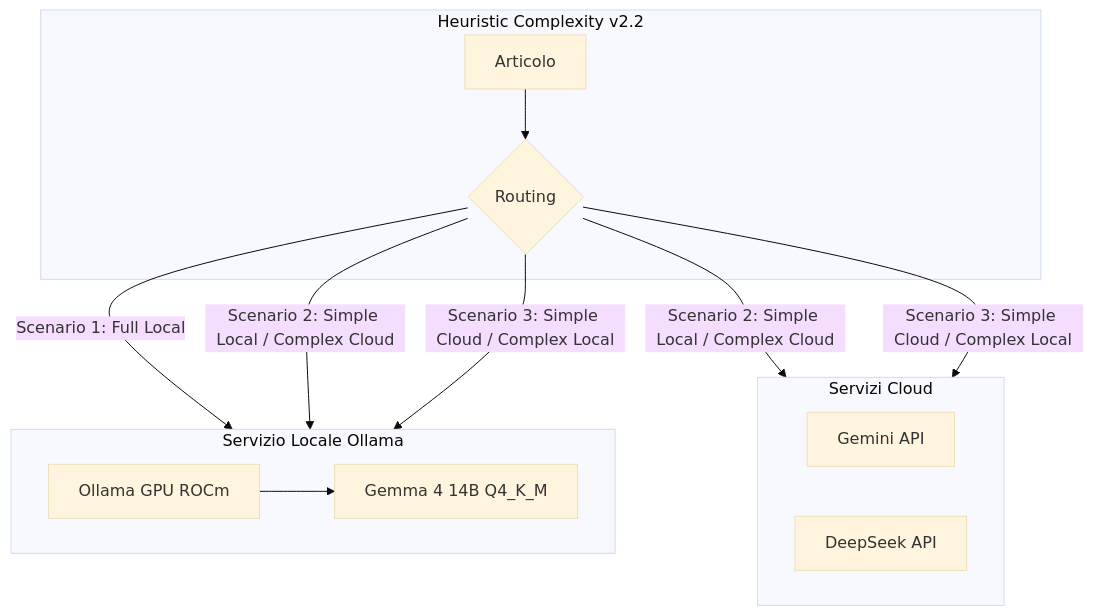
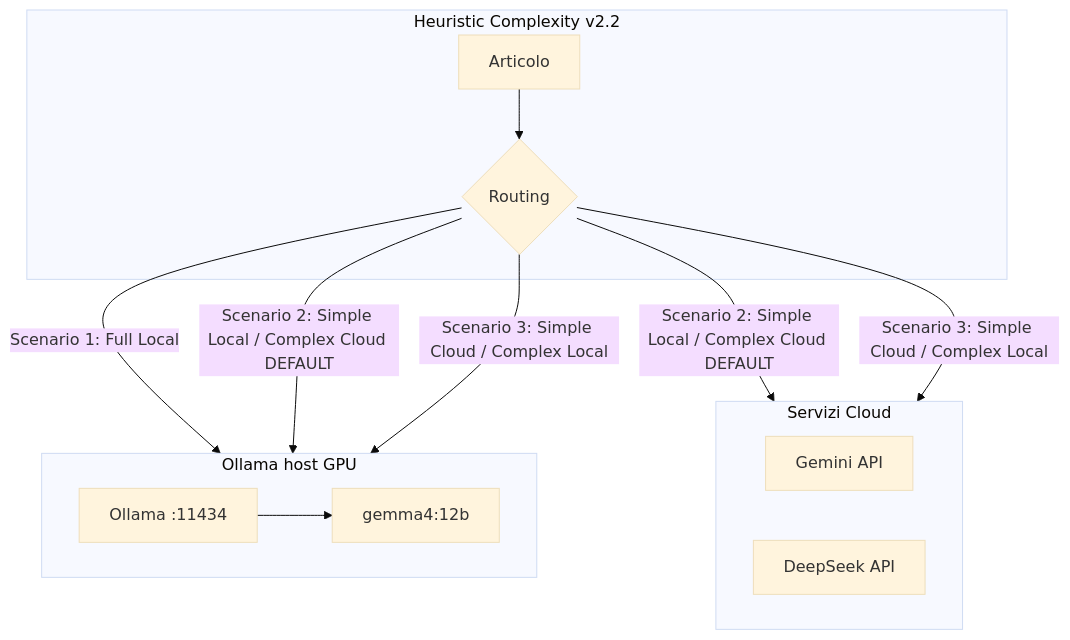
Before and after one commit to JiraaG/Intelligence-Dashboard: the third of 5 diagrams in radar_overview_and_upgrades.md, drawn with Mermaid (base theme). The commit also changed other lines of this file and 31 other files, not shown here.

First line of the commit message:
feat(radar): Profilo F local Gemma via Ollama + quality guards for weak models

````diff
--- a/radar_overview_and_upgrades.md
+++ b/radar_overview_and_upgrades.md
@@ -157,21 +169,21 @@
 ```mermaid
 flowchart TD
   subgraph Ingest [Heuristic Complexity v2.2]
     Art[Articolo] --> Route{Routing}
   end
 
-  subgraph Local [Servizio Locale Ollama]
-    Ollama[Ollama GPU ROCm] --> Model[Gemma 4 14B Q4_K_M]
+  subgraph Local [Ollama host GPU]
+    Ollama[Ollama :11434] --> Model[gemma4:12b]
   end
 
   subgraph Cloud [Servizi Cloud]
     Gemini[Gemini API]
     DeepSeek[DeepSeek API]
   end
 
   Route -->|Scenario 1: Full Local| Local
-  Route -->|Scenario 2: Simple Local / Complex Cloud| Local
-  Route -->|Scenario 2: Simple Local / Complex Cloud| Cloud
+  Route -->|Scenario 2: Simple Local / Complex Cloud DEFAULT| Local
+  Route -->|Scenario 2: Simple Local / Complex Cloud DEFAULT| Cloud
   Route -->|Scenario 3: Simple Cloud / Complex Local| Cloud
   Route -->|Scenario 3: Simple Cloud / Complex Local| Local
 ```
````
